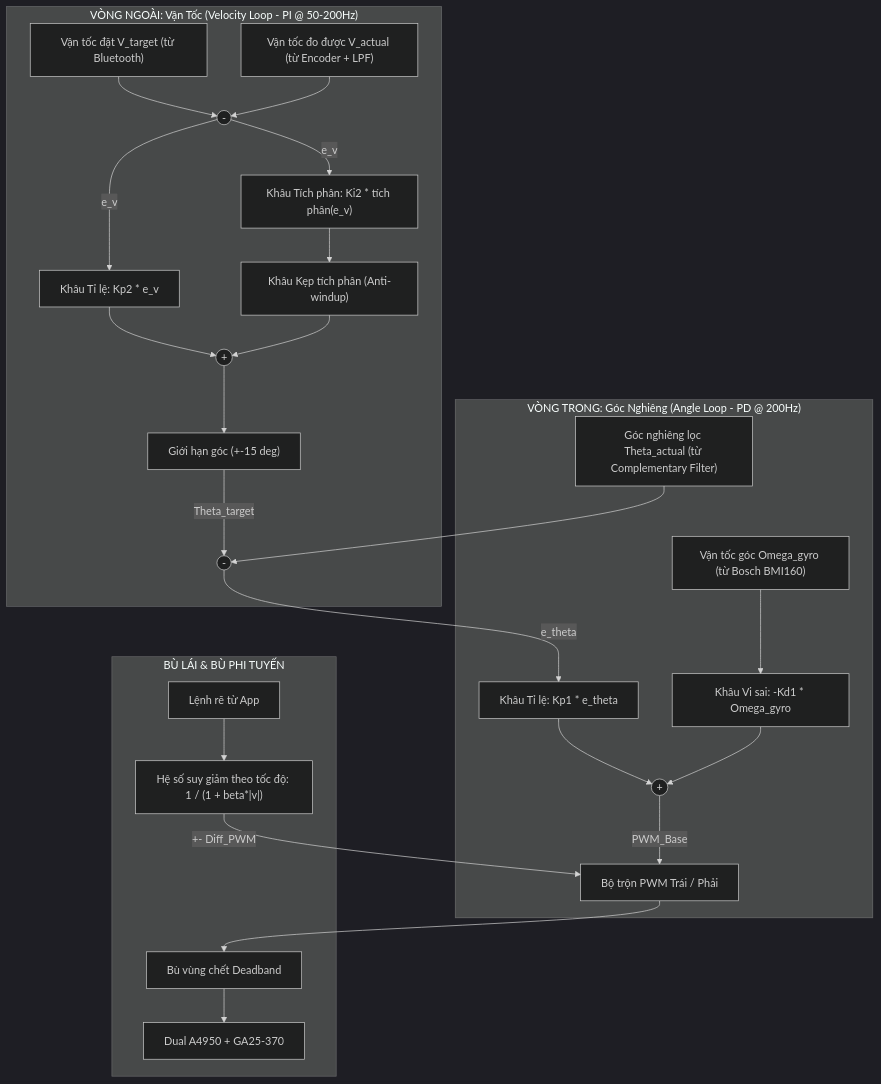
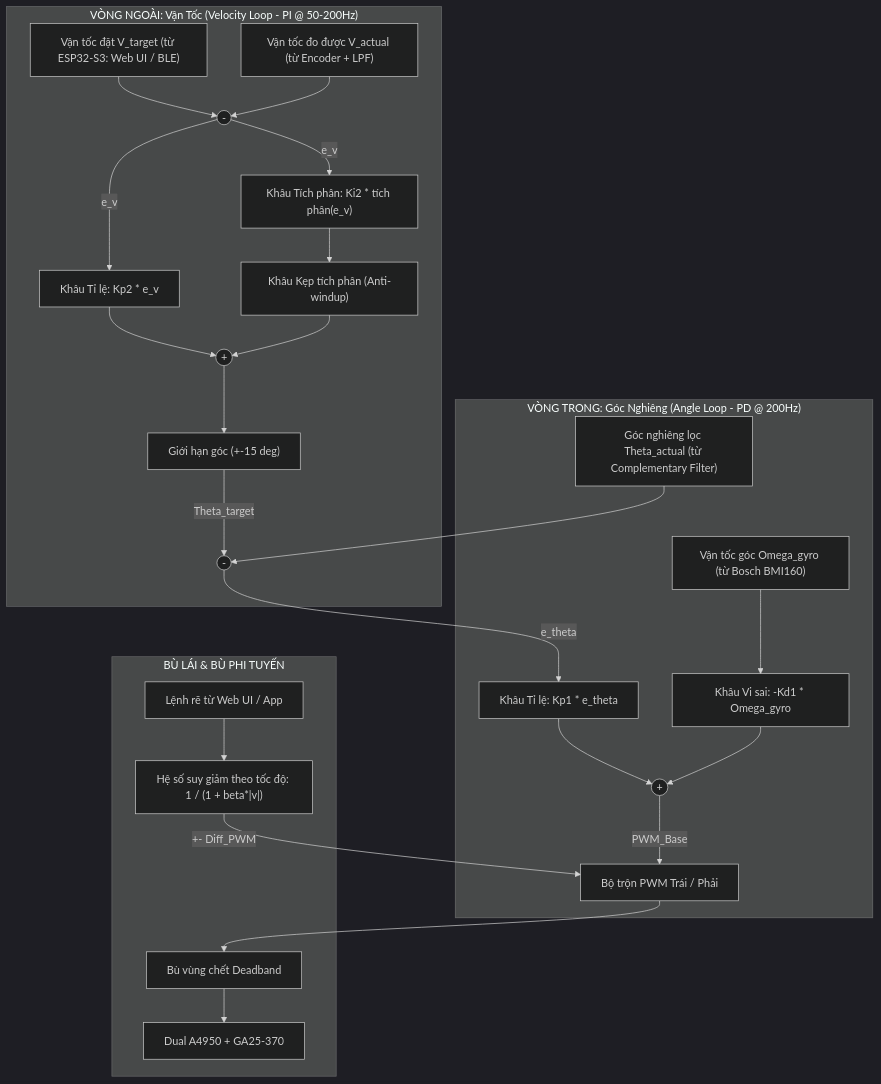
One commit to Donien-mixi/CE224 changed the first of 2 diagrams in Mo_Ta_Thuat_Toan_Dieu_Khien_Tong_The.md. Above: the diagram before and after it, drawn with Mermaid (dark theme). The commit also changed other lines of this file and 249 other files, not shown here.

````diff
--- a/Mo_Ta_Thuat_Toan_Dieu_Khien_Tong_The.md
+++ b/Mo_Ta_Thuat_Toan_Dieu_Khien_Tong_The.md
@@ -94,50 +94,50 @@
 ```mermaid
 flowchart TD
     subgraph Velocity_Loop ["VÒNG NGOÀI: Vận Tốc (Velocity Loop - PI @ 50-200Hz)"]
-        SP_V["Vận tốc đặt V_target (từ Bluetooth)"]
+        SP_V["Vận tốc đặt V_target (từ ESP32-S3: Web UI / BLE)"]
         FB_V["Vận tốc đo được V_actual (từ Encoder + LPF)"]
         Err_V(( - ))
         P_Vel["Khâu Tỉ lệ: Kp2 * e_v"]
         I_Vel["Khâu Tích phân: Ki2 * tích phân(e_v)"]
         AntiWind["Khâu Kẹp tích phân (Anti-windup)"]
         Clamp_Angle["Giới hạn góc (+-15 deg)"]
 
         SP_V --> Err_V
         FB_V --> Err_V
         Err_V -->|e_v| P_Vel
         Err_V -->|e_v| I_Vel
         I_Vel --> AntiWind
         P_Vel --> Sum_Angle(( + ))
         AntiWind --> Sum_Angle
         Sum_Angle --> Clamp_Angle
         Clamp_Angle -->|Theta_target| Err_Angle
     end
 
     subgraph Angle_Loop ["VÒNG TRONG: Góc Nghiêng (Angle Loop - PD @ 200Hz)"]
         Err_Angle(( - ))
         FB_Angle["Góc nghiêng lọc Theta_actual (từ Complementary Filter)"]
         FB_Gyro["Vận tốc góc Omega_gyro (từ Bosch BMI160)"]
         P_Ang["Khâu Tỉ lệ: Kp1 * e_theta"]
         D_Ang["Khâu Vi sai: -Kd1 * Omega_gyro"]
 
         FB_Angle --> Err_Angle
         Err_Angle -->|e_theta| P_Ang
         FB_Gyro --> D_Ang
         P_Ang --> Sum_PWM(( + ))
         D_Ang --> Sum_PWM
         Sum_PWM -->|PWM_Base| Mix
     end
 
     subgraph Steering_Mixing ["BÙ LÁI & BÙ PHI TUYẾN"]
-        Steer_Cmd["Lệnh rẽ từ App"]
+        Steer_Cmd["Lệnh rẽ từ Web UI / App"]
         Vel_Adaptive["Hệ số suy giảm theo tốc độ: 1 / (1 + beta*|v|)"]
         Deadband["Bù vùng chết Deadband"]
         Mix["Bộ trộn PWM Trái / Phải"]
         Motors["Dual A4950 + GA25-370"]
 
         Steer_Cmd --> Vel_Adaptive
         Vel_Adaptive -->|+- Diff_PWM| Mix
         Mix --> Deadband
         Deadband --> Motors
     end
 ```
````
